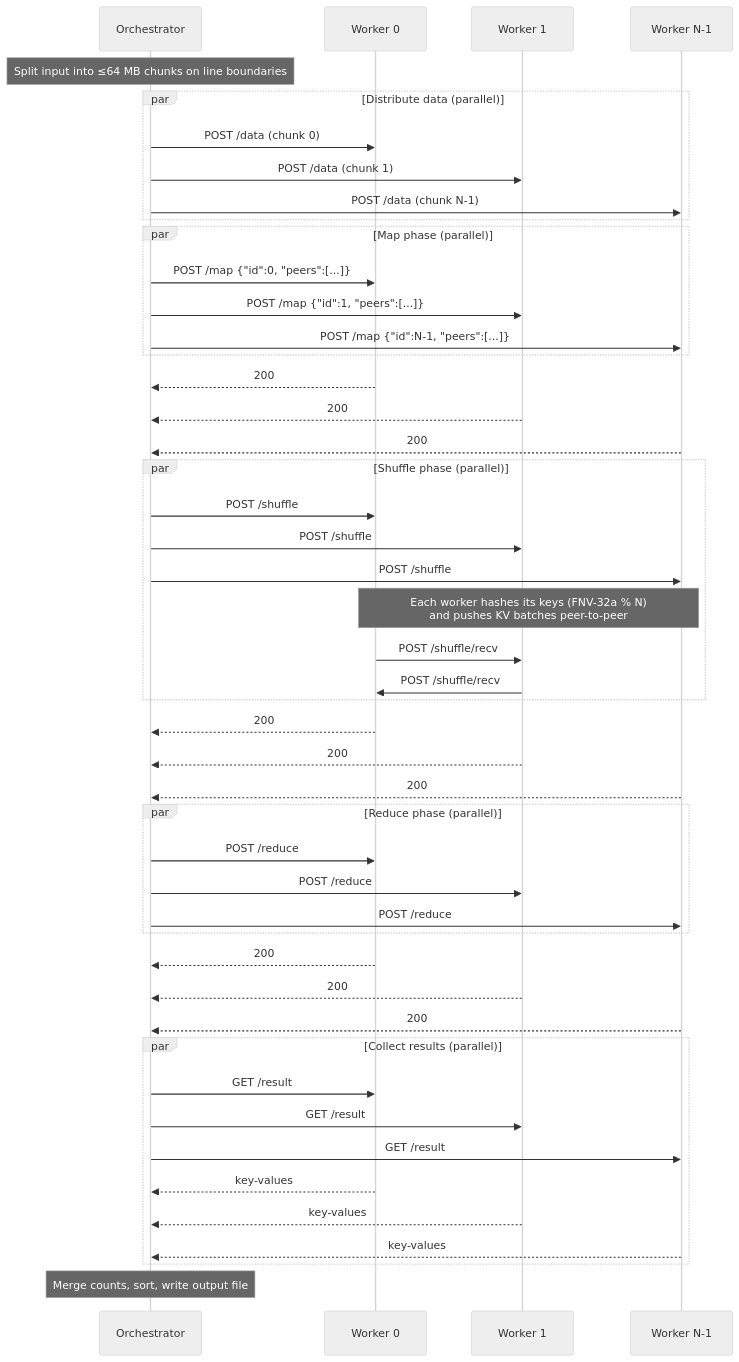
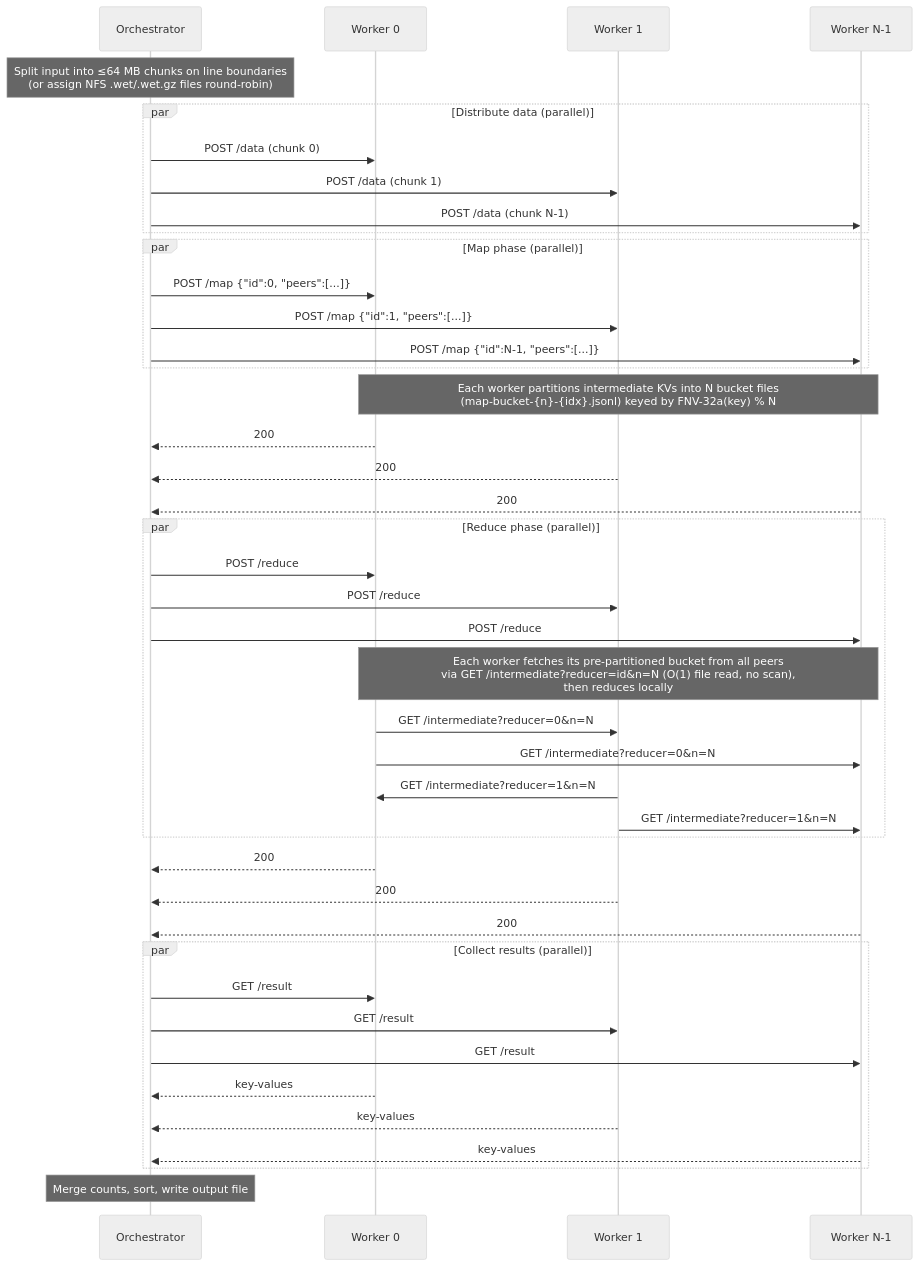
One commit to danielefam/slr_map_reduce changed the second of 3 diagrams in README.md. Above: the diagram before and after it, drawn with Mermaid (neutral theme). The commit also changed other lines of this file and 7 other files, not shown here.

First line of the commit message:
Add distributed MapReduce pipeline with WET file support

````diff
--- a/README.md
+++ b/README.md
@@ -212,56 +224,50 @@
 ```mermaid
 sequenceDiagram
     participant Orchestrator
     participant W0 as Worker 0
     participant W1 as Worker 1
     participant Wn as Worker N-1
 
-    Note over Orchestrator: Split input into ≤64 MB chunks on line boundaries
+    Note over Orchestrator: Split input into ≤64 MB chunks on line boundaries<br/>(or assign NFS .wet/.wet.gz files round-robin)
 
     par Distribute data (parallel)
         Orchestrator->>W0: POST /data  (chunk 0)
         Orchestrator->>W1: POST /data  (chunk 1)
         Orchestrator->>Wn: POST /data  (chunk N-1)
     end
 
     par Map phase (parallel)
         Orchestrator->>W0: POST /map  {"id":0, "peers":[...]}
         Orchestrator->>W1: POST /map  {"id":1, "peers":[...]}
         Orchestrator->>Wn: POST /map  {"id":N-1, "peers":[...]}
     end
-    W0-->>Orchestrator: 200
-    W1-->>Orchestrator: 200
-    Wn-->>Orchestrator: 200
-
-    par Shuffle phase (parallel)
-        Orchestrator->>W0: POST /shuffle
-        Orchestrator->>W1: POST /shuffle
-        Orchestrator->>Wn: POST /shuffle
-        Note over W0,Wn: Each worker hashes its keys (FNV-32a % N)<br/>and pushes KV batches peer-to-peer
-        W0->>W1: POST /shuffle/recv
-        W1->>W0: POST /shuffle/recv
-    end
+    Note over W0,Wn: Each worker partitions intermediate KVs into N bucket files<br/>(map-bucket-{n}-{idx}.jsonl) keyed by FNV-32a(key) % N
     W0-->>Orchestrator: 200
     W1-->>Orchestrator: 200
     Wn-->>Orchestrator: 200
 
     par Reduce phase (parallel)
         Orchestrator->>W0: POST /reduce
         Orchestrator->>W1: POST /reduce
         Orchestrator->>Wn: POST /reduce
+        Note over W0,Wn: Each worker fetches its pre-partitioned bucket from all peers<br/>via GET /intermediate?reducer=id&n=N (O(1) file read, no scan),<br/>then reduces locally
+        W0->>W1: GET /intermediate?reducer=0&n=N
+        W0->>Wn: GET /intermediate?reducer=0&n=N
+        W1->>W0: GET /intermediate?reducer=1&n=N
+        W1->>Wn: GET /intermediate?reducer=1&n=N
     end
     W0-->>Orchestrator: 200
     W1-->>Orchestrator: 200
     Wn-->>Orchestrator: 200
 
     par Collect results (parallel)
         Orchestrator->>W0: GET /result
         Orchestrator->>W1: GET /result
         Orchestrator->>Wn: GET /result
         W0-->>Orchestrator: key-values
         W1-->>Orchestrator: key-values
         Wn-->>Orchestrator: key-values
     end
 
     Note over Orchestrator: Merge counts, sort, write output file
 ```
````
